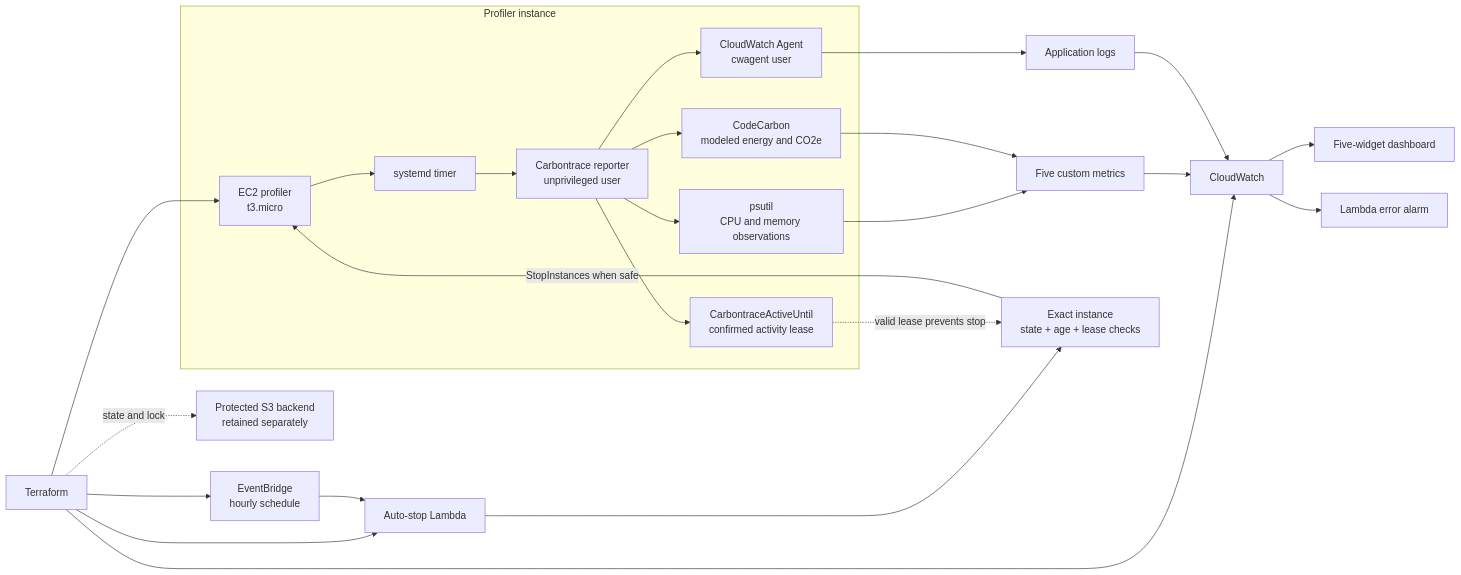
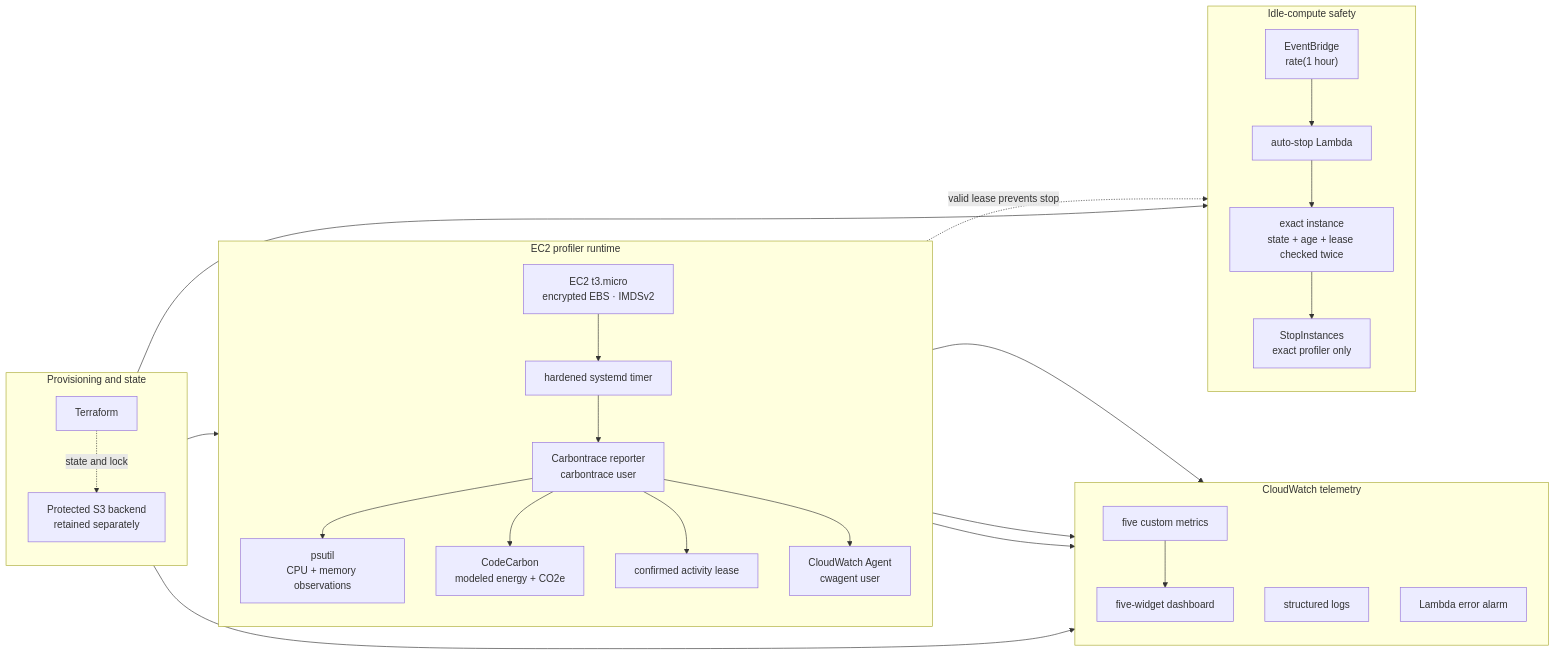
One commit to Mukeshkr-19/Carbontrace changed the diagram in README.md. Above: the diagram before and after it, drawn with Mermaid. The commit also changed other lines of this file and 4 other files, not shown here.

````diff
--- a/README.md
+++ b/README.md
@@ -26,30 +54,51 @@
 ```mermaid
 flowchart LR
-    TF["Terraform"] --> EC2["EC2 profiler<br/>t3.micro"]
-    TF --> CW["CloudWatch"]
-    TF --> EB["EventBridge<br/>hourly schedule"]
-    TF --> LAMBDA["Auto-stop Lambda"]
-    TF -. "state and lock" .-> BACKEND["Protected S3 backend<br/>retained separately"]
-
-    subgraph PROFILER["Profiler instance"]
-        EC2 --> TIMER["systemd timer"]
-        TIMER --> REPORTER["Carbontrace reporter<br/>unprivileged user"]
-        REPORTER --> PSUTIL["psutil<br/>CPU and memory observations"]
-        REPORTER --> CODECARBON["CodeCarbon<br/>modeled energy and CO2e"]
-        REPORTER --> LEASE["CarbontraceActiveUntil<br/>confirmed activity lease"]
-        REPORTER --> AGENT["CloudWatch Agent<br/>cwagent user"]
+    subgraph PROVISIONING["Provisioning and state"]
+        direction TB
+        TF["Terraform"]
+        BACKEND["Protected S3 backend<br/>retained separately"]
+        TF -. "state and lock" .-> BACKEND
     end
 
-    PSUTIL --> METRICS["Five custom metrics"]
+    subgraph PROFILER["EC2 profiler runtime"]
+        direction TB
+        EC2["EC2 t3.micro<br/>encrypted EBS · IMDSv2"]
+        TIMER["hardened systemd timer"]
+        REPORTER["Carbontrace reporter<br/>carbontrace user"]
+        PSUTIL["psutil<br/>CPU + memory observations"]
+        CODECARBON["CodeCarbon<br/>modeled energy + CO2e"]
+        LEASE["confirmed activity lease"]
+        AGENT["CloudWatch Agent<br/>cwagent user"]
+        EC2 --> TIMER --> REPORTER
+        REPORTER --> PSUTIL
+        REPORTER --> CODECARBON
+        REPORTER --> LEASE
+        REPORTER --> AGENT
+    end
+
+    subgraph TELEMETRY["CloudWatch telemetry"]
+        direction TB
+        METRICS["five custom metrics"]
+        LOGS["structured logs"]
+        DASHBOARD["five-widget dashboard"]
+        ALARM["Lambda error alarm"]
+        METRICS --> DASHBOARD
+    end
+
+    subgraph SAFETY["Idle-compute safety"]
+        direction TB
+        EB["EventBridge<br/>rate(1 hour)"]
+        LAMBDA["auto-stop Lambda"]
+        CHECKS["exact instance<br/>state + age + lease checked twice"]
+        STOP["StopInstances<br/>exact profiler only"]
+        EB --> LAMBDA --> CHECKS --> STOP
+    end
+
+    TF --> EC2
+    TF --> TELEMETRY
+    TF --> SAFETY
+    PSUTIL --> METRICS
     CODECARBON --> METRICS
-    METRICS --> CW
-    AGENT --> LOGS["Application logs"]
-    LOGS --> CW
-    CW --> DASHBOARD["Five-widget dashboard"]
-    CW --> ALARM["Lambda error alarm"]
-
-    EB --> LAMBDA
-    LAMBDA --> CHECKS["Exact instance<br/>state + age + lease checks"]
-    CHECKS -->|"StopInstances when safe"| EC2
+    AGENT --> LOGS
     LEASE -. "valid lease prevents stop" .-> CHECKS
 ```
````
